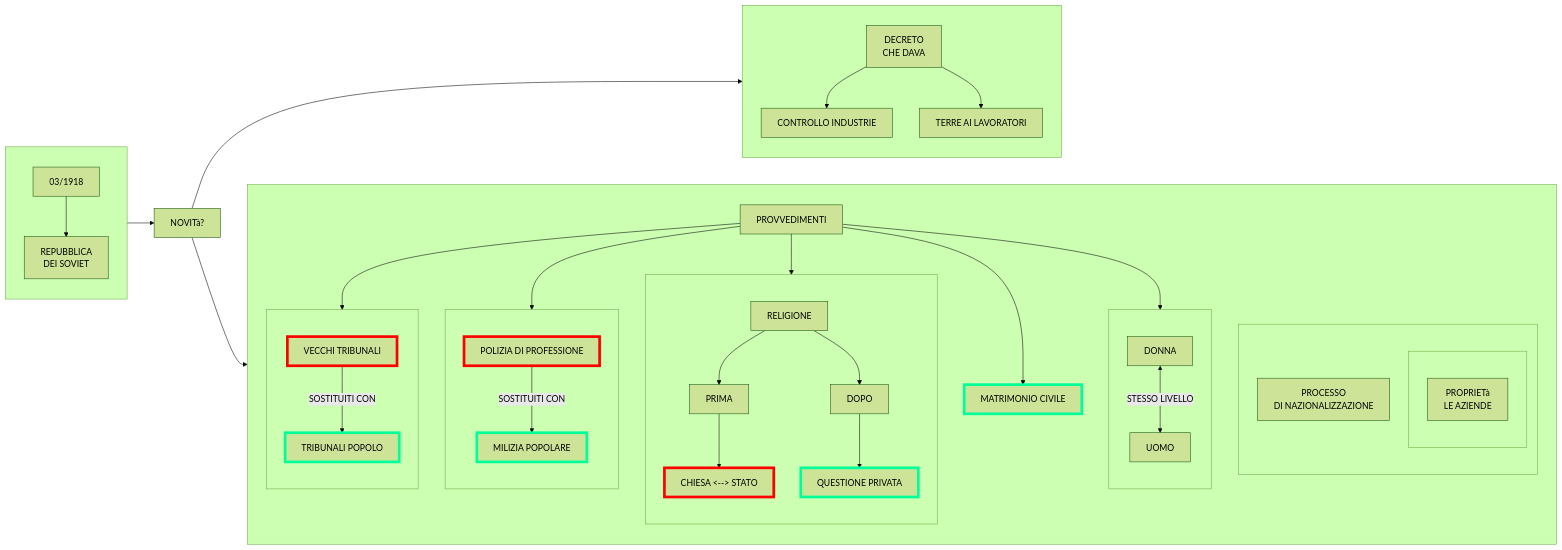
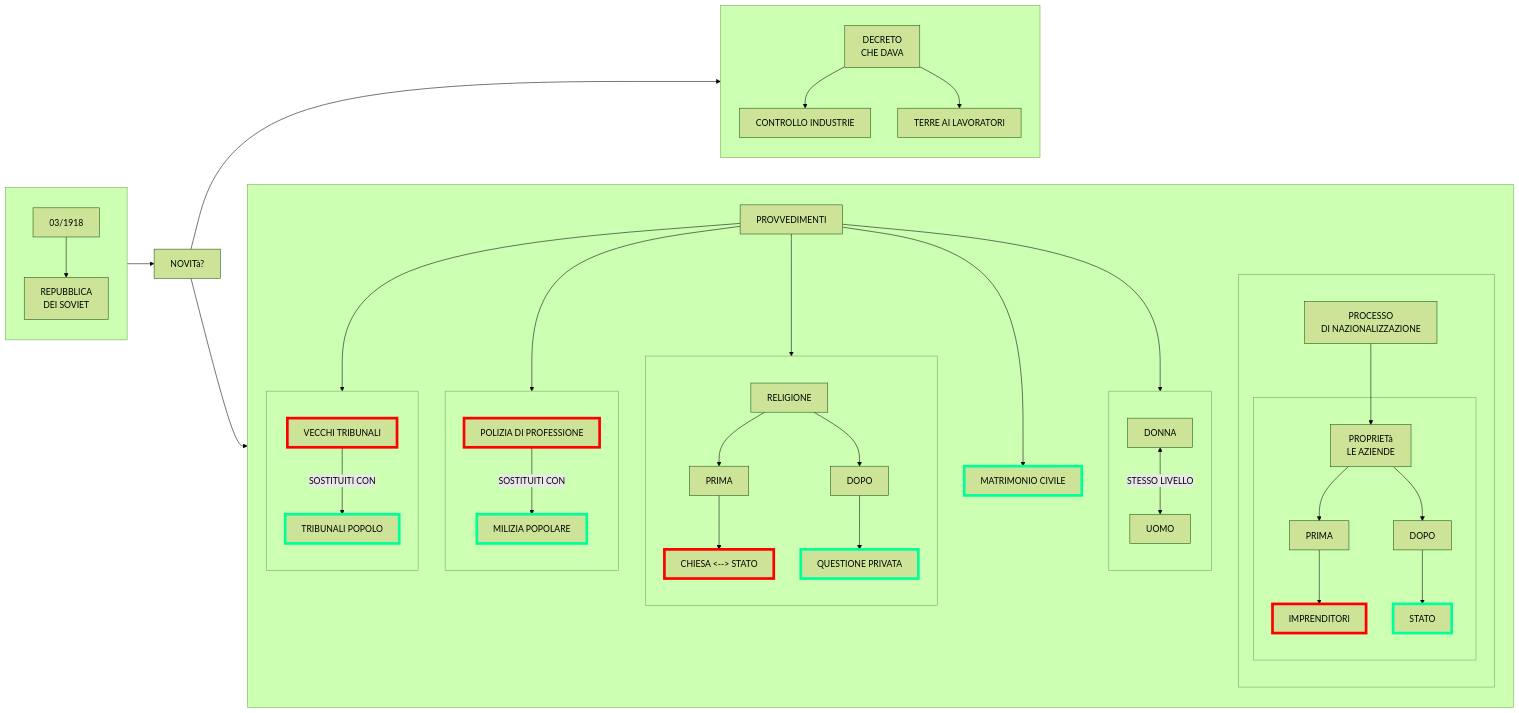
Before and after one commit to Laaouatni/ricerca-storia-MermaidJS: the fourth of 4 diagrams in stalinismo.md, drawn with Mermaid (forest theme).

Commit message:
Add additional nodes to nationalization process flowchart

````diff
--- a/stalinismo.md
+++ b/stalinismo.md
@@ -118,59 +118,69 @@
 ```mermaid
 flowchart LR
     subgraph 0[" "]
         00[03/1918] -->
         000[REPUBBLICA <br> DEI SOVIET]
     end
     01[NOVITà?]
     subgraph 013[" "]
         direction TB;
         010[DECRETO <br> CHE DAVA]
         011[CONTROLLO INDUSTRIE]
         012[TERRE AI LAVORATORI]
         010 --> 011 & 012
     end
     subgraph 014[" "]
         1[PROVVEDIMENTI]
         subgraph 10[" "]
             100[VECCHI TRIBUNALI]
             style 100 stroke:#ff0000, stroke-width:5px;
             101[TRIBUNALI POPOLO]
             style 101 stroke:#00ff99, stroke-width:5px;
             100 -->|SOSTITUITI CON| 101
         end
         subgraph 11[" "]
             110[POLIZIA DI PROFESSIONE]
             style 110 stroke:#ff0000, stroke-width:5px;
             111[MILIZIA POPOLARE]
             style 111 stroke:#00ff99, stroke-width:5px;
             110 -->|SOSTITUITI CON| 111
         end
         subgraph 12[" "]
             120[RELIGIONE]
             1200[PRIMA]
             12000[CHIESA <--> STATO]
             style 12000 stroke:#ff0000, stroke-width:5px;
             1201[DOPO]
             12010[QUESTIONE PRIVATA]
             style 12010 stroke:#00ff99, stroke-width:5px;
             120 --> 1200 & 1201
             1201 --> 12010
             1200 --> 12000
         end
         13[MATRIMONIO CIVILE]
         style 13 stroke:#00ff99, stroke-width:5px;
         subgraph 14[" "]
             140[DONNA]
             141[UOMO]
             140 <-->|STESSO LIVELLO| 141
         end
         subgraph 15[" "]
             150[PROCESSO <br> DI NAZIONALIZZAZIONE]
             subgraph 151[" "]
                 1510[PROPRIETà <BR> LE AZIENDE]
+                15100[PRIMA]
+                151000[IMPRENDITORI]
+                style 151000 stroke:#ff0000, stroke-width:5px;
+                15101[DOPO]
+                151010[STATO]
+                style 151010 stroke:#00ff99, stroke-width:5px;
+                1510 --> 15100 & 15101
+                15100 --> 151000
+                15101 --> 151010
             end
+            150 --> 1510
         end
         1 --> 10 & 11 & 12 & 13 & 14
     end
     0 --> 01 --> 013 & 014
 ```
````
